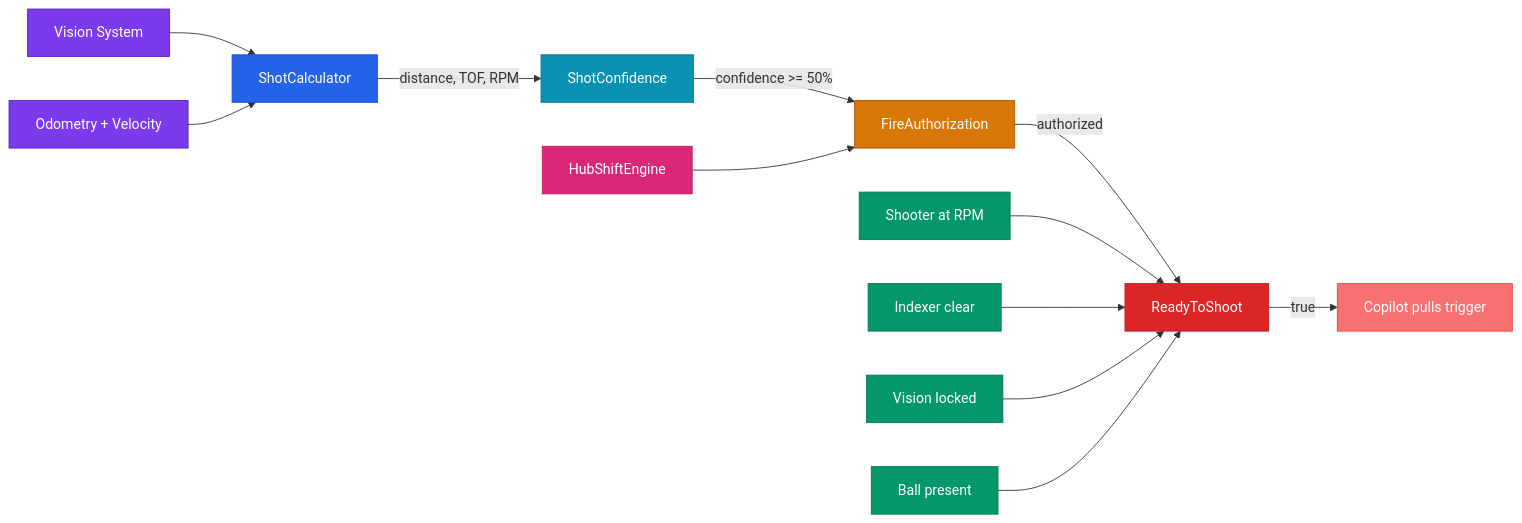
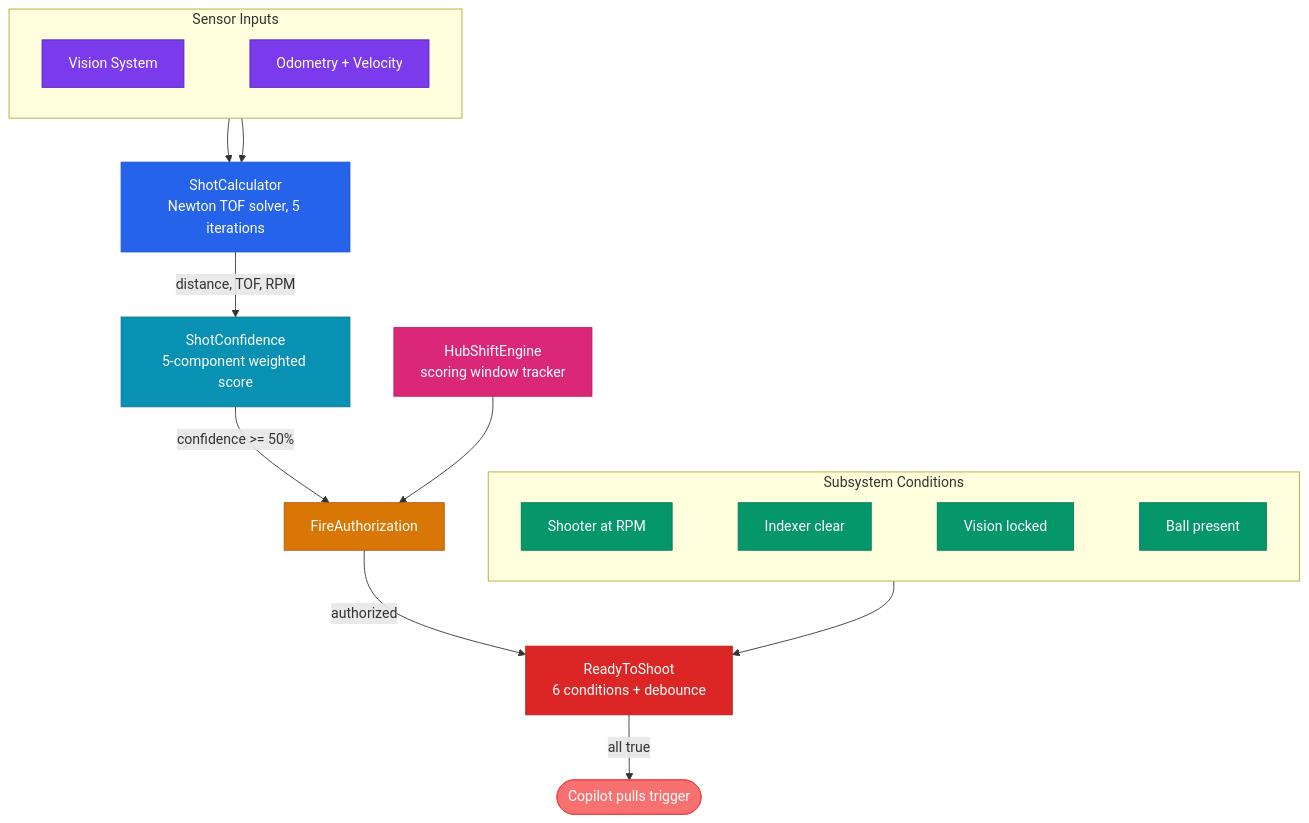
The first of 2 diagrams in docs/architecture/fire-control-pipeline.md (eeveemara/frc5962-2026-docs), drawn with Mermaid before and after one commit. The commit also changed 5 other files, not shown here.

Commit message:
chart clean up

````diff
--- a/docs/architecture/fire-control-pipeline.md
+++ b/docs/architecture/fire-control-pipeline.md
@@ -28,27 +28,36 @@
 ```mermaid
-flowchart LR
-    V[Vision System] --> SC[ShotCalculator]
-    O[Odometry + Velocity] --> SC
-    SC --> |distance, TOF, RPM| CF[ShotConfidence]
-    CF --> |confidence >= 50%| FA[FireAuthorization]
-    HS[HubShiftEngine] --> FA
-    FA --> |authorized| RT[ReadyToShoot]
-    SH[Shooter at RPM] --> RT
-    IX[Indexer clear] --> RT
-    VL[Vision locked] --> RT
-    BL[Ball present] --> RT
-    RT --> |true| CP[Copilot pulls trigger]
+flowchart TB
+    subgraph Inputs ["Sensor Inputs"]
+        direction LR
+        V[Vision System] ~~~ O[Odometry + Velocity]
+    end
+
+    V & O --> SC[ShotCalculator\nNewton TOF solver, 5 iterations]
+    SC -->|distance, TOF, RPM| CF[ShotConfidence\n5-component weighted score]
+    CF -->|confidence >= 50%| FA[FireAuthorization]
+
+    HS[HubShiftEngine\nscoring window tracker] --> FA
+
+    FA -->|authorized| RT[ReadyToShoot\n6 conditions + debounce]
+
+    subgraph Conditions ["Subsystem Conditions"]
+        direction LR
+        SH[Shooter at RPM] ~~~ IX[Indexer clear] ~~~ VL[Vision locked] ~~~ BL[Ball present]
+    end
+
+    Conditions --> RT
+    RT -->|all true| CP([Copilot pulls trigger])
 
     style V fill:#7c3aed,stroke:#5b21b6,color:#fff
     style O fill:#7c3aed,stroke:#5b21b6,color:#fff
     style SC fill:#2563eb,stroke:#1d4ed8,color:#fff
     style CF fill:#0891b2,stroke:#0e7490,color:#fff
     style HS fill:#db2777,stroke:#be185d,color:#fff
     style FA fill:#d97706,stroke:#b45309,color:#fff
     style SH fill:#059669,stroke:#047857,color:#fff
     style IX fill:#059669,stroke:#047857,color:#fff
     style VL fill:#059669,stroke:#047857,color:#fff
     style BL fill:#059669,stroke:#047857,color:#fff
     style RT fill:#dc2626,stroke:#b91c1c,color:#fff
     style CP fill:#f87171,stroke:#ef4444,color:#fff
 ```
````
